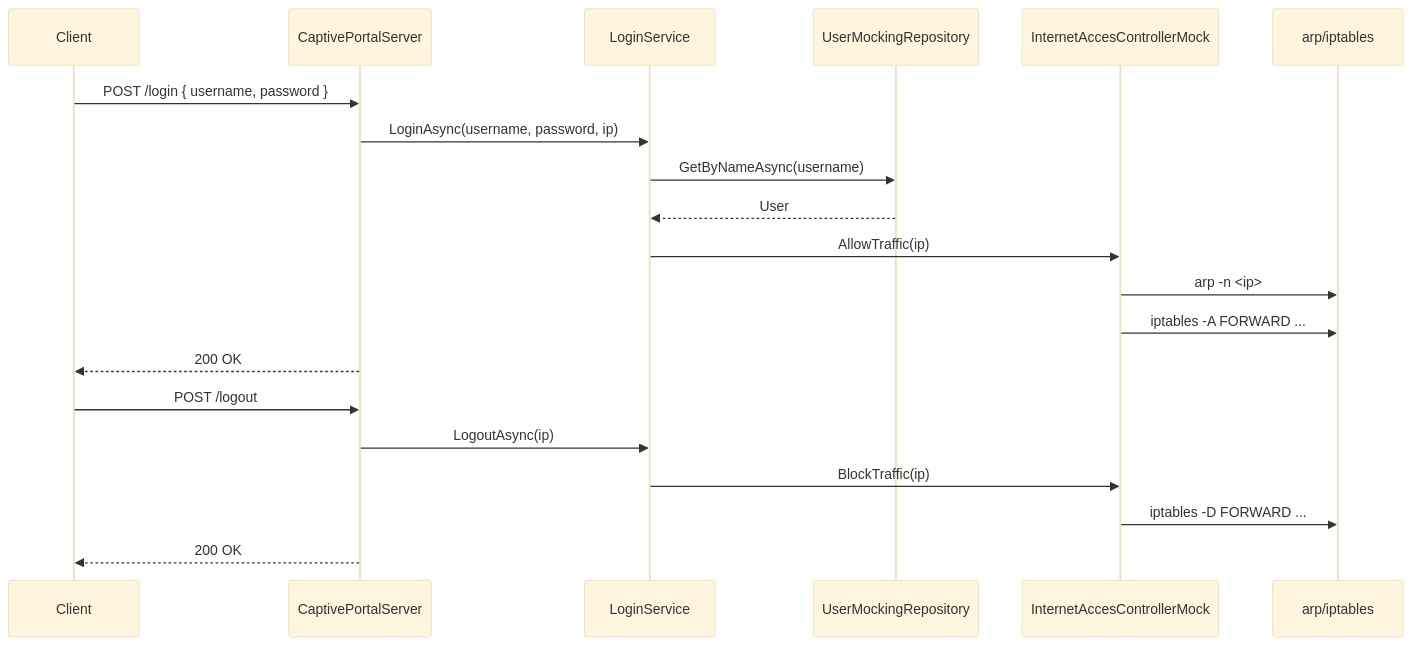
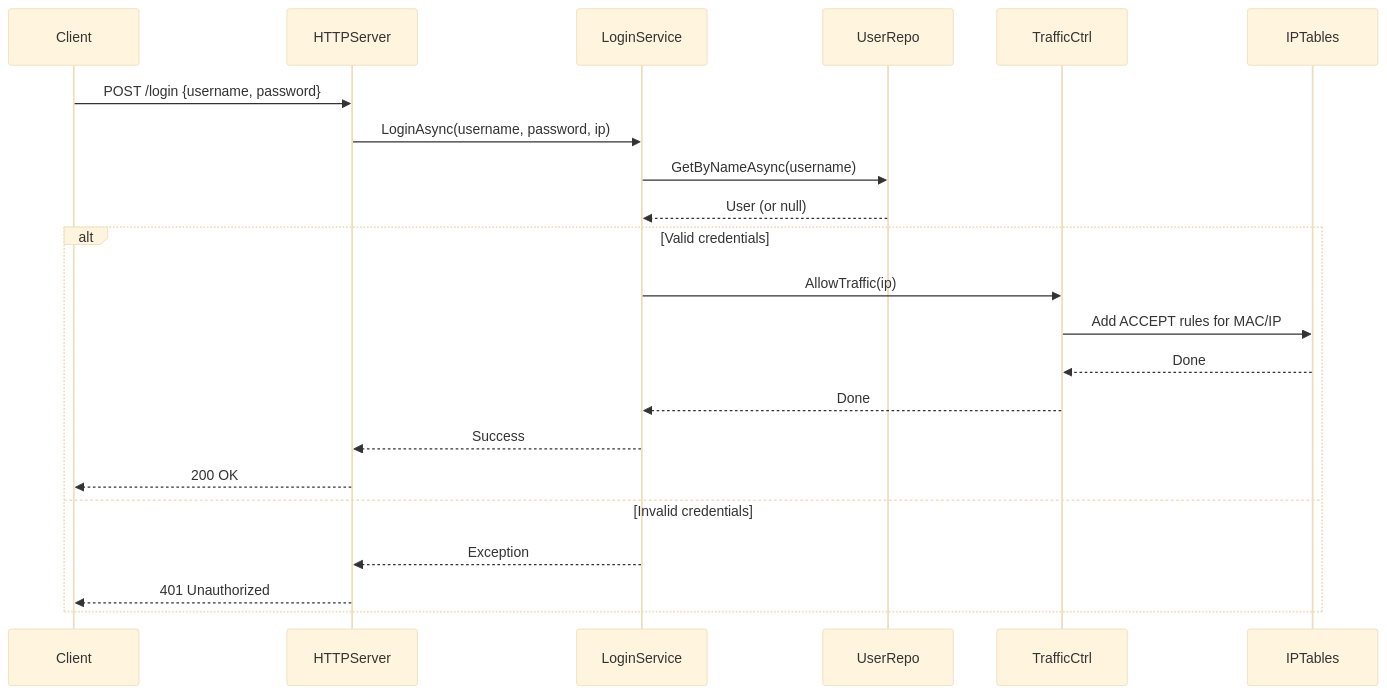
The second of 2 diagrams in README.md (crackbandicoot-dot/CaptivePortal), drawn with Mermaid (base theme) before and after one commit. The commit also changed other lines of this file, not shown here.

````diff
--- a/README.md
+++ b/README.md
@@ -180,24 +92,25 @@
 ```mermaid
 sequenceDiagram
-    participant C as Client
-    participant S as CaptivePortalServer
-    participant L as LoginService
-    participant U as UserMockingRepository
-    participant I as InternetAccesControllerMock
-    participant OS as arp/iptables
+    participant Client
+    participant HTTPServer
+    participant LoginService
+    participant UserRepo
+    participant TrafficCtrl
+    participant IPTables
 
-    C->>S: POST /login { username, password }
-    S->>L: LoginAsync(username, password, ip)
-    L->>U: GetByNameAsync(username)
-    U-->>L: User
-    L->>I: AllowTraffic(ip)
-    I->>OS: arp -n <ip>
-    I->>OS: iptables -A FORWARD ...
-    S-->>C: 200 OK
-
-    C->>S: POST /logout
-    S->>L: LogoutAsync(ip)
-    L->>I: BlockTraffic(ip)
-    I->>OS: iptables -D FORWARD ...
-    S-->>C: 200 OK
+    Client->>HTTPServer: POST /login {username, password}
+    HTTPServer->>LoginService: LoginAsync(username, password, ip)
+    LoginService->>UserRepo: GetByNameAsync(username)
+    UserRepo-->>LoginService: User (or null)
+    alt Valid credentials
+        LoginService->>TrafficCtrl: AllowTraffic(ip)
+        TrafficCtrl->>IPTables: Add ACCEPT rules for MAC/IP
+        IPTables-->>TrafficCtrl: Done
+        TrafficCtrl-->>LoginService: Done
+        LoginService-->>HTTPServer: Success
+        HTTPServer-->>Client: 200 OK
+    else Invalid credentials
+        LoginService-->>HTTPServer: Exception
+        HTTPServer-->>Client: 401 Unauthorized
+    end
 ```
````
